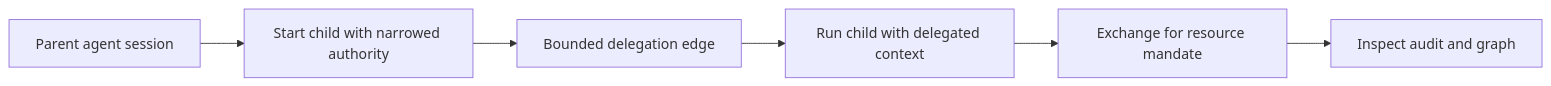
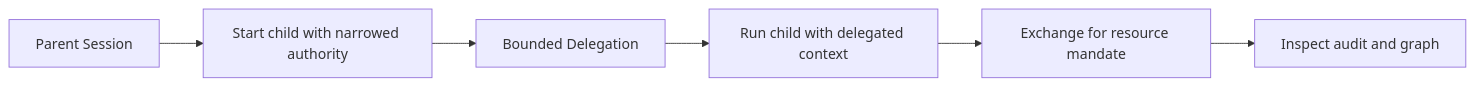
Before and after one commit to Garudex-Labs/caracal: the diagram in docs/src/content/docs/guides/delegation.mdx, drawn with Mermaid. The commit also changed other lines of this file and 11 other files, not shown here.

````diff
--- a/docs/src/content/docs/guides/delegation.mdx
+++ b/docs/src/content/docs/guides/delegation.mdx
@@ -12,8 +12,8 @@
 ```mermaid
 flowchart LR
-  Parent["Parent agent session"] --> Spawn["Start child with narrowed authority"]
-  Spawn --> Edge["Bounded delegation edge"]
+  Parent["Parent Session"] --> Spawn["Start child with narrowed authority"]
+  Spawn --> Edge["Bounded Delegation"]
   Edge --> Child["Run child with delegated context"]
   Child --> Exchange["Exchange for resource mandate"]
   Exchange --> Audit["Inspect audit and graph"]
 ```
````
